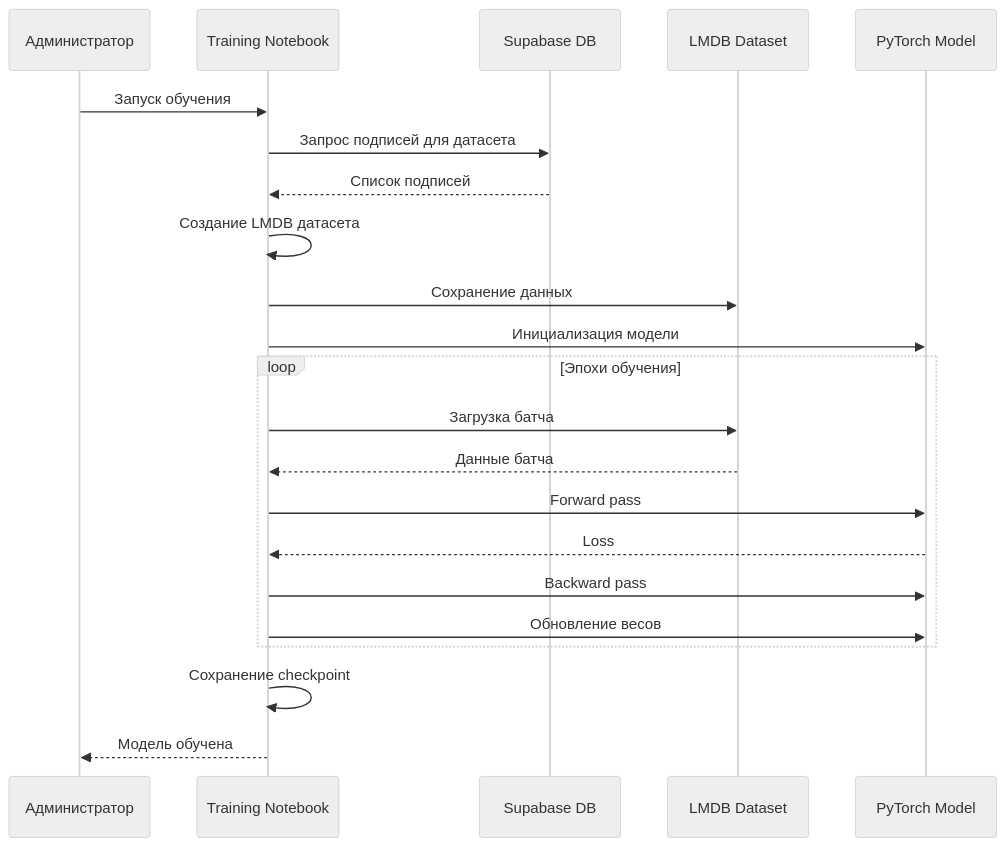
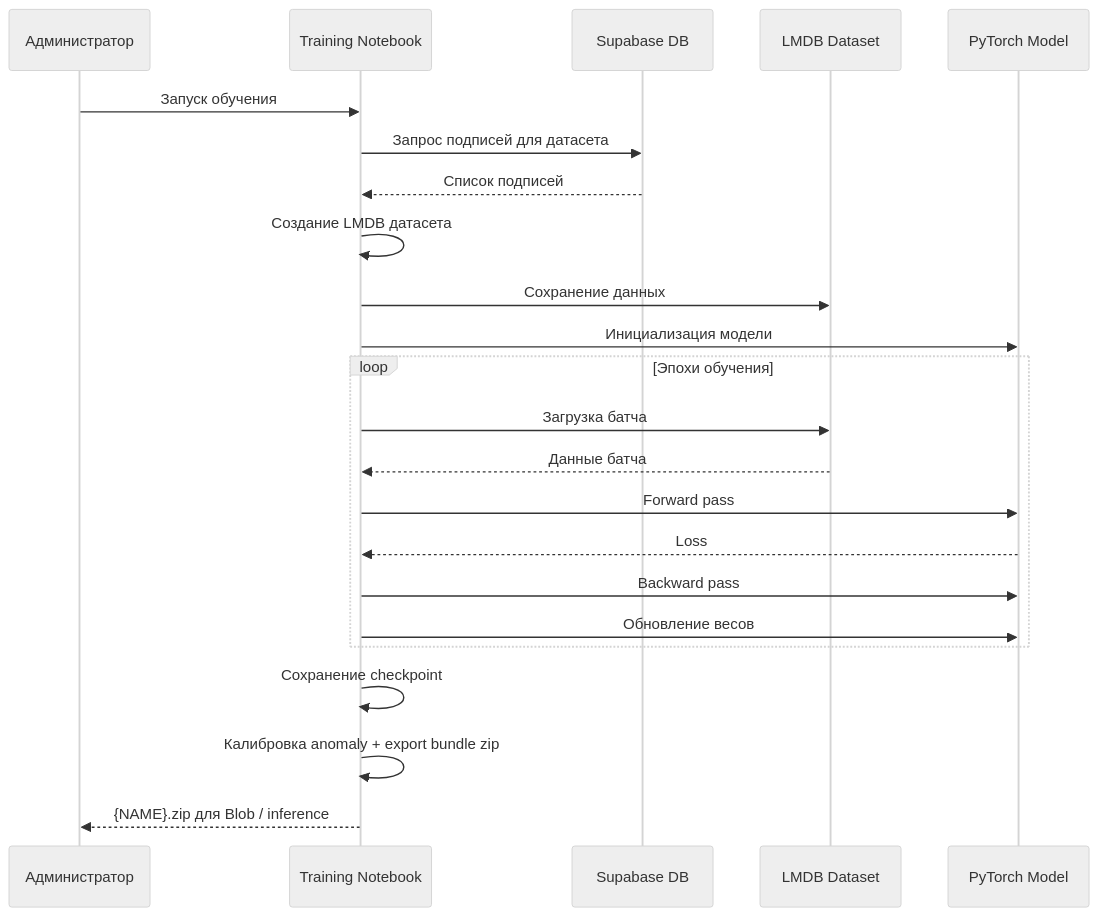
The fourth of 4 diagrams in docs/ARCHITECTURE.md (chisCake/your-signature-ai), drawn with Mermaid (neutral theme) before and after one commit. The commit also changed other lines of this file and 39 other files, not shown here.

Commit message:
feat: детектор аномалий Mahalanobis, экспорт bundle (NAME), docs и UI

````diff
--- a/docs/ARCHITECTURE.md
+++ b/docs/ARCHITECTURE.md
@@ -182,25 +187,26 @@
 ```mermaid
 sequenceDiagram
     participant Admin as Администратор
     participant Training as Training Notebook
     participant DB as Supabase DB
     participant LMDB as LMDB Dataset
     participant Model as PyTorch Model
     
     Admin->>Training: Запуск обучения
     Training->>DB: Запрос подписей для датасета
     DB-->>Training: Список подписей
     Training->>Training: Создание LMDB датасета
     Training->>LMDB: Сохранение данных
     Training->>Model: Инициализация модели
     loop Эпохи обучения
         Training->>LMDB: Загрузка батча
         LMDB-->>Training: Данные батча
         Training->>Model: Forward pass
         Model-->>Training: Loss
         Training->>Model: Backward pass
         Training->>Model: Обновление весов
     end
     Training->>Training: Сохранение checkpoint
-    Training-->>Admin: Модель обучена
+    Training->>Training: Калибровка anomaly + export bundle zip
+    Training-->>Admin: {NAME}.zip для Blob / inference
 ```
````
